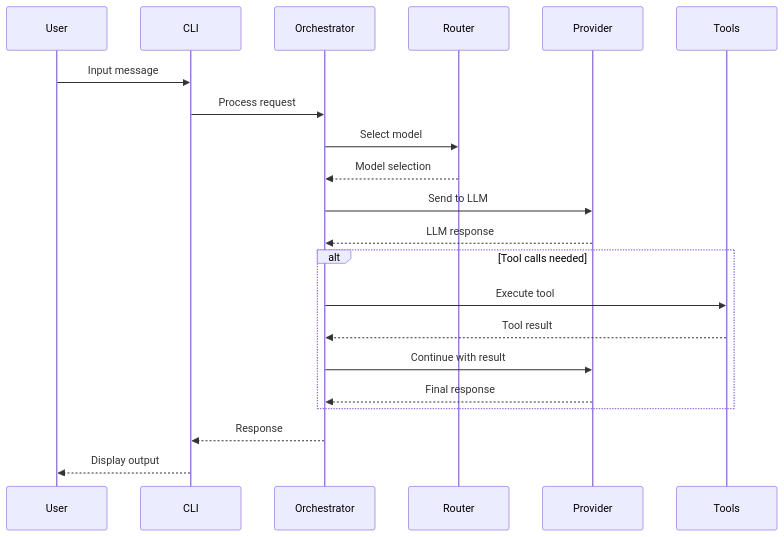
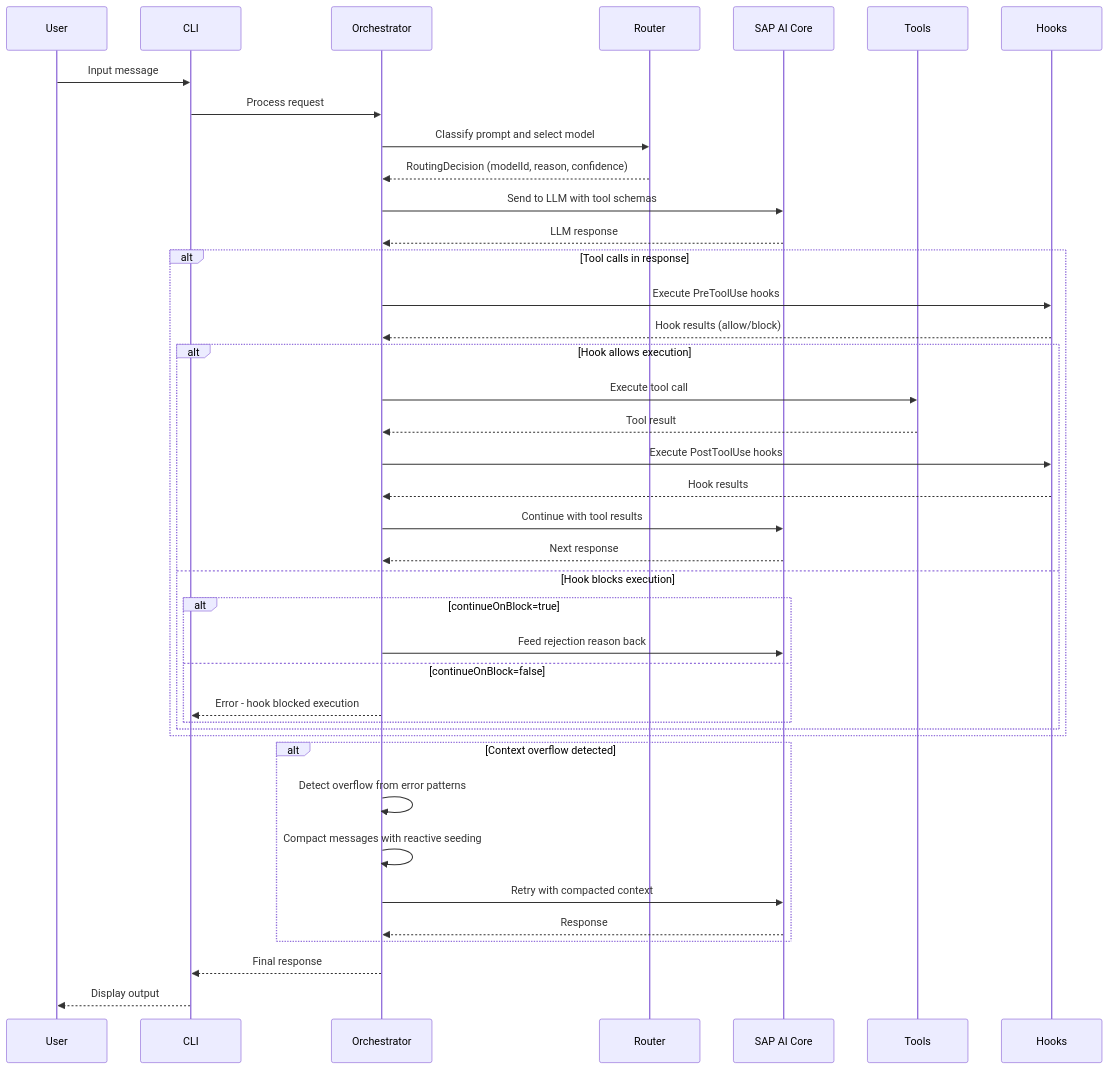
Before and after one commit to ausardcompany/alexi: the second of 6 diagrams in docs/ARCHITECTURE.md, drawn with Mermaid. The commit also changed other lines of this file and 6 other files, not shown here.

````diff
--- a/docs/ARCHITECTURE.md
+++ b/docs/ARCHITECTURE.md
@@ -146,26 +154,46 @@
 ```mermaid
 sequenceDiagram
     participant User
     participant CLI
     participant Orchestrator
     participant Router
-    participant Provider
+    participant Provider as SAP AI Core
     participant Tools
+    participant Hooks
 
     User->>CLI: Input message
     CLI->>Orchestrator: Process request
-    Orchestrator->>Router: Select model
-    Router-->>Orchestrator: Model selection
-    Orchestrator->>Provider: Send to LLM
+    Orchestrator->>Router: Classify prompt and select model
+    Router-->>Orchestrator: RoutingDecision (modelId, reason, confidence)
+    Orchestrator->>Provider: Send to LLM with tool schemas
     Provider-->>Orchestrator: LLM response
-    
-    alt Tool calls needed
-        Orchestrator->>Tools: Execute tool
-        Tools-->>Orchestrator: Tool result
-        Orchestrator->>Provider: Continue with result
-        Provider-->>Orchestrator: Final response
+
+    alt Tool calls in response
+        Orchestrator->>Hooks: Execute PreToolUse hooks
+        Hooks-->>Orchestrator: Hook results (allow/block)
+        alt Hook allows execution
+            Orchestrator->>Tools: Execute tool call
+            Tools-->>Orchestrator: Tool result
+            Orchestrator->>Hooks: Execute PostToolUse hooks
+            Hooks-->>Orchestrator: Hook results
+            Orchestrator->>Provider: Continue with tool results
+            Provider-->>Orchestrator: Next response
+        else Hook blocks execution
+            alt continueOnBlock=true
+                Orchestrator->>Provider: Feed rejection reason back
+            else continueOnBlock=false
+                Orchestrator-->>CLI: Error - hook blocked execution
+            end
+        end
     end
-    
-    Orchestrator-->>CLI: Response
+
+    alt Context overflow detected
+        Orchestrator->>Orchestrator: Detect overflow from error patterns
+        Orchestrator->>Orchestrator: Compact messages with reactive seeding
+        Orchestrator->>Provider: Retry with compacted context
+        Provider-->>Orchestrator: Response
+    end
+
+    Orchestrator-->>CLI: Final response
     CLI-->>User: Display output
 ```
````
